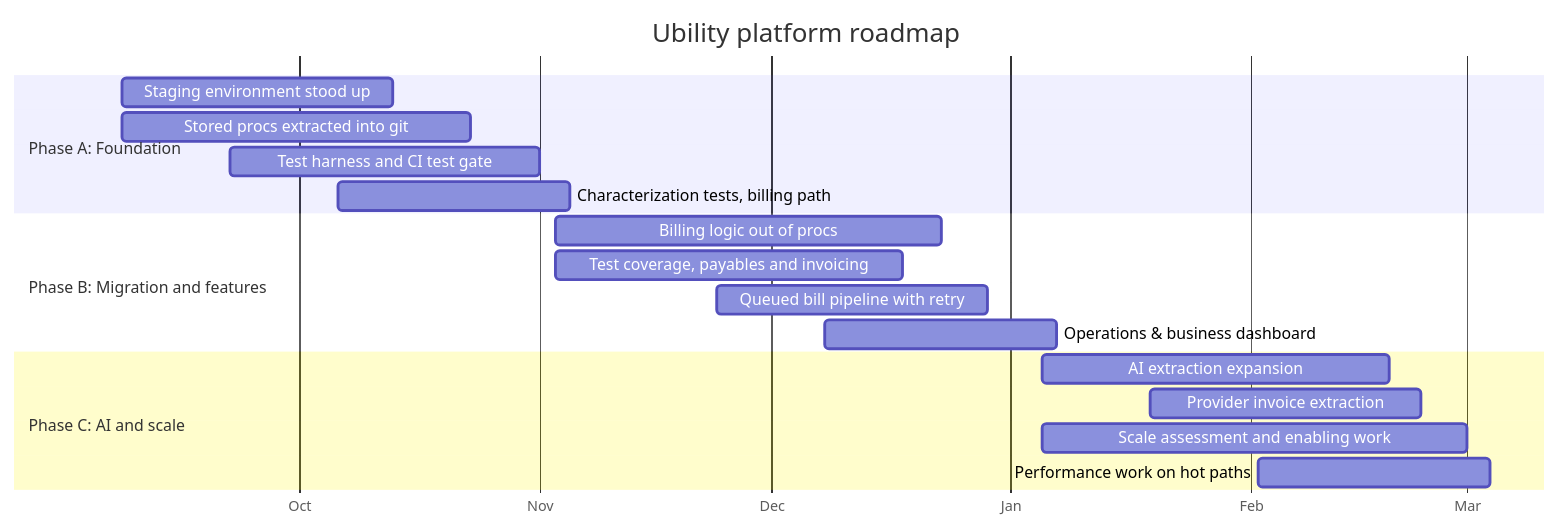
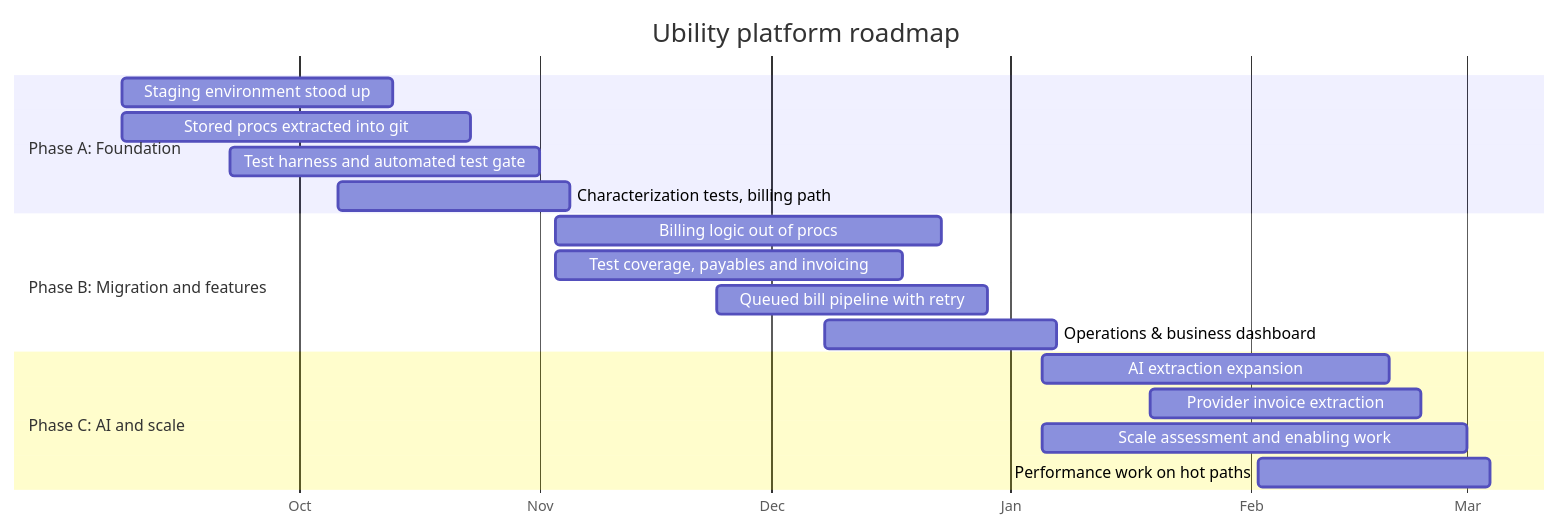
One commit to keystone-software-systems/keystone-web changed the third of 3 diagrams in docs/projects/ubility-partnership-proposal.md. Above: the diagram before and after it, drawn with Mermaid. The commit also changed other lines of this file, not shown here.

````diff
--- a/docs/projects/ubility-partnership-proposal.md
+++ b/docs/projects/ubility-partnership-proposal.md
@@ -156,24 +170,24 @@
 ```mermaid
 gantt
     title Ubility platform roadmap
     dateFormat YYYY-MM-DD
     axisFormat %b
 
     section Phase A: Foundation
     Staging environment stood up           :a1, 2026-09-08, 35d
     Stored procs extracted into git        :a2, 2026-09-08, 45d
-    Test harness and CI test gate          :a3, 2026-09-22, 40d
+    Test harness and automated test gate    :a3, 2026-09-22, 40d
     Characterization tests, billing path   :a4, 2026-10-06, 30d
 
     section Phase B: Migration and features
     Billing logic out of procs             :b1, 2026-11-03, 50d
     Test coverage, payables and invoicing  :b2, 2026-11-03, 45d
     Queued bill pipeline with retry        :b3, 2026-11-24, 35d
     Operations & business dashboard        :b4, 2026-12-08, 30d
 
     section Phase C: AI and scale
     AI extraction expansion                :c1, 2027-01-05, 45d
     Provider invoice extraction            :c2, 2027-01-19, 35d
     Scale assessment and enabling work     :c3, 2027-01-05, 55d
     Performance work on hot paths          :c4, 2027-02-02, 30d
 ```
````
